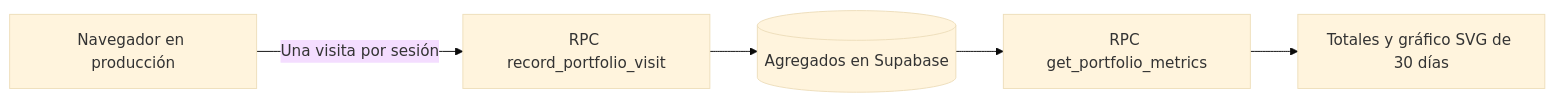
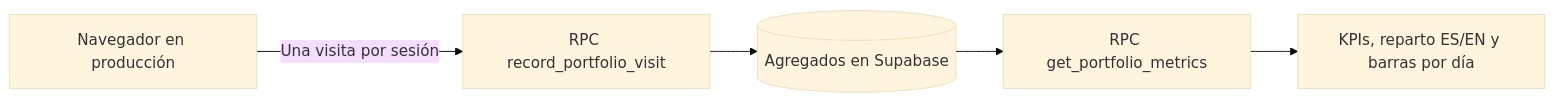
The third of 3 diagrams in README.md (AnaMedinaAguirre/AnaMedinaAguirre.github.io), drawn with Mermaid (base theme) before and after one commit. The commit also changed other lines of this file and 12 other files, not shown here.

````diff
--- a/README.md
+++ b/README.md
@@ -123,7 +125,7 @@
 ```mermaid
 flowchart LR
   A[Navegador en producción] -->|Una visita por sesión| B[RPC record_portfolio_visit]
   B --> C[(Agregados en Supabase)]
   C --> D[RPC get_portfolio_metrics]
-  D --> E[Totales y gráfico SVG de 30 días]
+  D --> E[KPIs, reparto ES/EN y barras por día]
 ```
````
